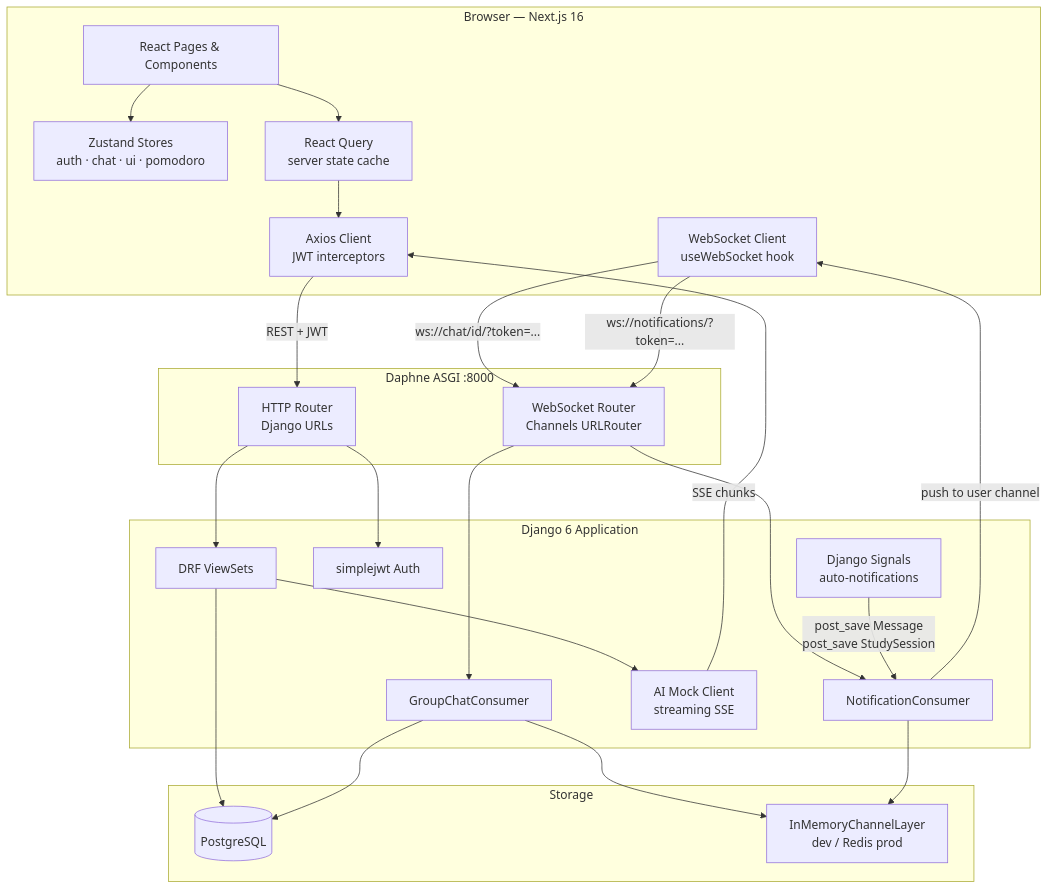
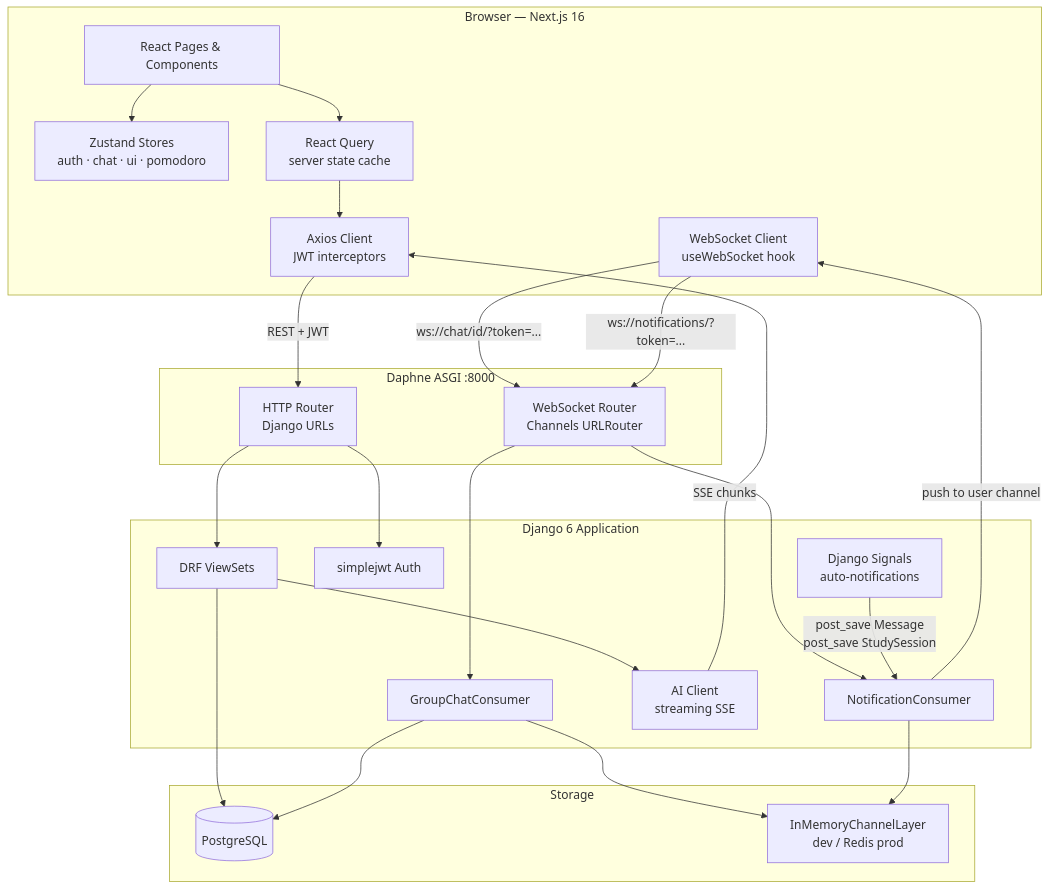
The second of 7 diagrams in README.md (MatinMovahedi/StudySync), drawn with Mermaid before and after one commit. The commit also changed other lines of this file and 157 other files, not shown here.

````diff
--- a/README.md
+++ b/README.md
@@ -299,50 +351,50 @@
 ```mermaid
 graph TB
     subgraph Browser["Browser — Next.js 16"]
         UI["React Pages & Components"]
         ZS["Zustand Stores\nauth · chat · ui · pomodoro"]
         RQ["React Query\nserver state cache"]
         AX["Axios Client\nJWT interceptors"]
         WS_C["WebSocket Client\nuseWebSocket hook"]
     end
 
     subgraph Daphne["Daphne ASGI :8000"]
         HTTP["HTTP Router\nDjango URLs"]
         WS_R["WebSocket Router\nChannels URLRouter"]
     end
 
     subgraph Django["Django 6 Application"]
         DRF["DRF ViewSets"]
         JWT["simplejwt Auth"]
         CHAT_C["GroupChatConsumer"]
         NOTIF_C["NotificationConsumer"]
         SIGNALS["Django Signals\nauto-notifications"]
-        AI["AI Mock Client\nstreaming SSE"]
+        AI["AI Client\nstreaming SSE"]
     end
 
     subgraph Storage["Storage"]
         PG[("PostgreSQL")]
         CL["InMemoryChannelLayer\ndev  /  Redis prod"]
     end
 
     UI --> ZS
     UI --> RQ
     RQ --> AX
     AX -->|"REST + JWT"| HTTP
     WS_C -->|"ws://chat/id/?token=..."| WS_R
     WS_C -->|"ws://notifications/?token=..."| WS_R
 
     HTTP --> JWT
     HTTP --> DRF
     DRF --> PG
     DRF --> AI
     AI -->|"SSE chunks"| AX
 
     WS_R --> CHAT_C
     WS_R --> NOTIF_C
     CHAT_C --> CL
     NOTIF_C --> CL
     CHAT_C --> PG
     SIGNALS -->|"post_save Message\npost_save StudySession"| NOTIF_C
     NOTIF_C -->|"push to user channel"| WS_C
 ```
````
